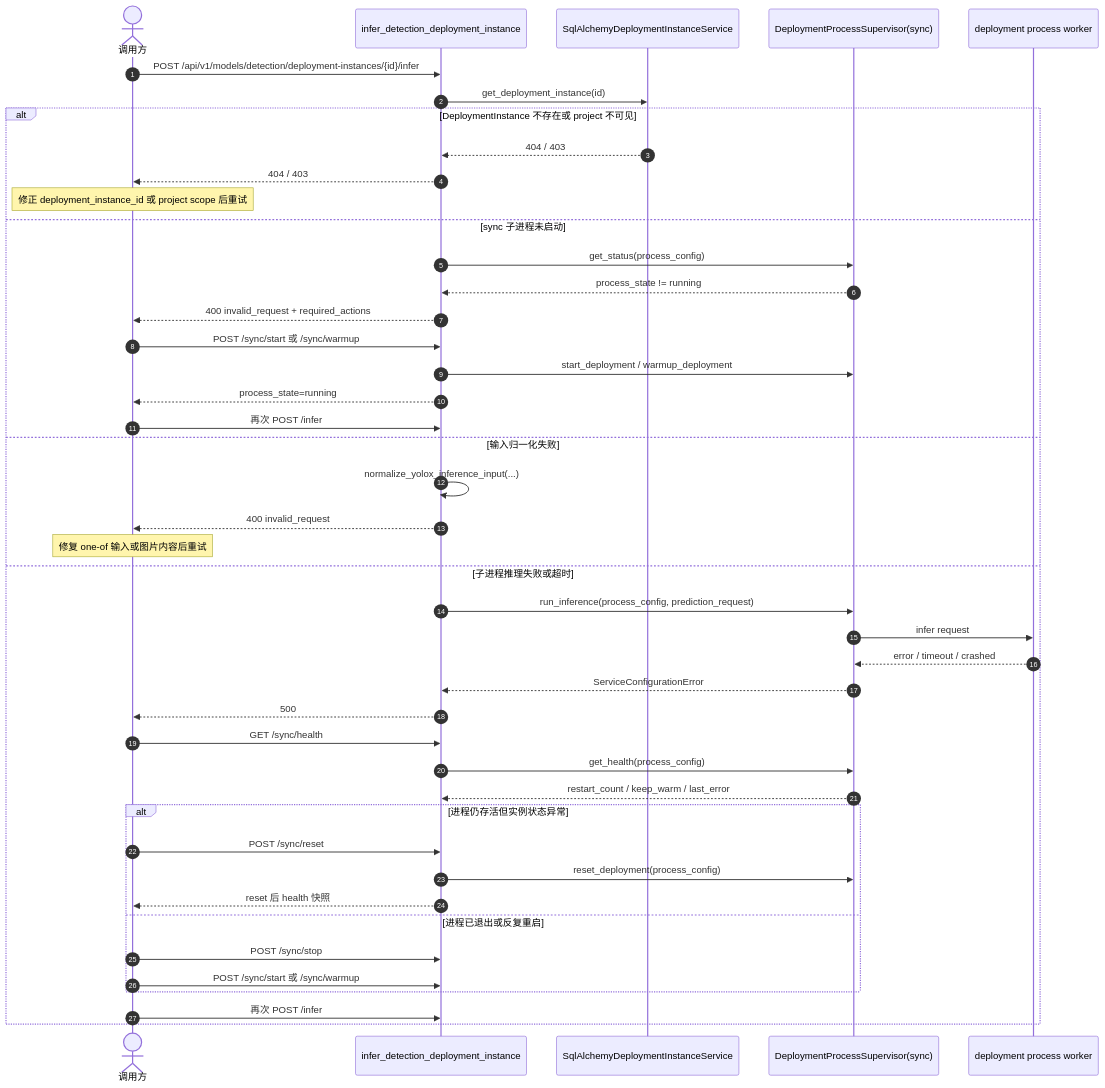
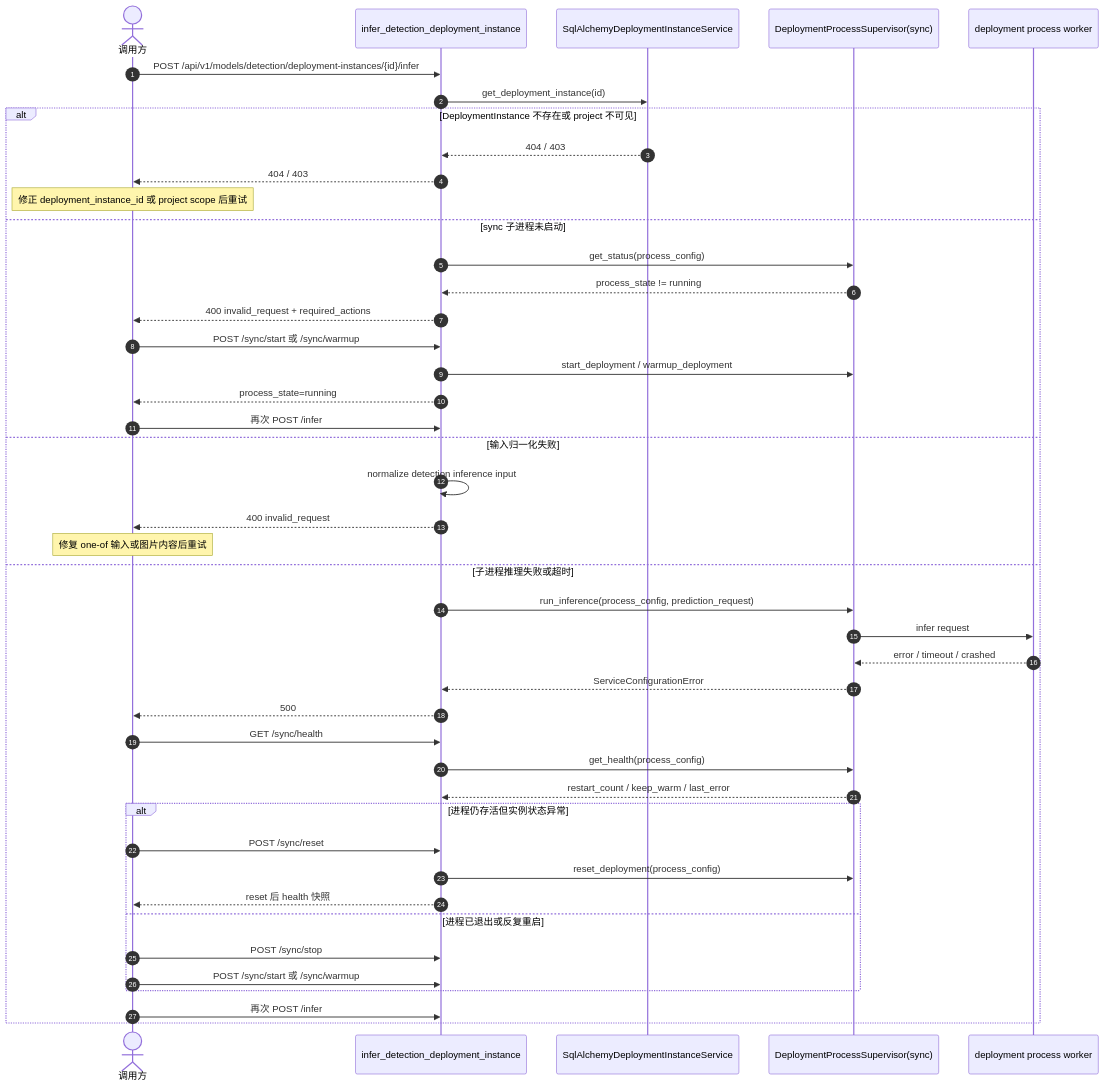
The sixth of 8 diagrams in docs/architecture/execution-sequences.md (ammm56/amvision), drawn with Mermaid before and after one commit. The commit also changed other lines of this file and 71 other files, not shown here.

````diff
--- a/docs/architecture/execution-sequences.md
+++ b/docs/architecture/execution-sequences.md
@@ -318,47 +322,47 @@
 ```mermaid
 sequenceDiagram
     autonumber
     actor Client as 调用方
     participant API as infer_detection_deployment_instance
     participant DeploySvc as SqlAlchemyDeploymentInstanceService
     participant SyncSup as DeploymentProcessSupervisor(sync)
     participant Child as deployment process worker
 
     Client->>API: POST /api/v1/models/detection/deployment-instances/{id}/infer
     API->>DeploySvc: get_deployment_instance(id)
     alt DeploymentInstance 不存在或 project 不可见
         DeploySvc-->>API: 404 / 403
         API-->>Client: 404 / 403
         Note over Client: 修正 deployment_instance_id 或 project scope 后重试
     else sync 子进程未启动
         API->>SyncSup: get_status(process_config)
         SyncSup-->>API: process_state != running
         API-->>Client: 400 invalid_request + required_actions
         Client->>API: POST /sync/start 或 /sync/warmup
         API->>SyncSup: start_deployment / warmup_deployment
         API-->>Client: process_state=running
         Client->>API: 再次 POST /infer
     else 输入归一化失败
-        API->>API: normalize_yolox_inference_input(...)
+        API->>API: normalize detection inference input
         API-->>Client: 400 invalid_request
         Note over Client: 修复 one-of 输入或图片内容后重试
     else 子进程推理失败或超时
         API->>SyncSup: run_inference(process_config, prediction_request)
         SyncSup->>Child: infer request
         Child-->>SyncSup: error / timeout / crashed
         SyncSup-->>API: ServiceConfigurationError
         API-->>Client: 500
         Client->>API: GET /sync/health
         API->>SyncSup: get_health(process_config)
         SyncSup-->>API: restart_count / keep_warm / last_error
         alt 进程仍存活但实例状态异常
             Client->>API: POST /sync/reset
             API->>SyncSup: reset_deployment(process_config)
             API-->>Client: reset 后 health 快照
         else 进程已退出或反复重启
             Client->>API: POST /sync/stop
             Client->>API: POST /sync/start 或 /sync/warmup
         end
         Client->>API: 再次 POST /infer
     end
 ```
````
